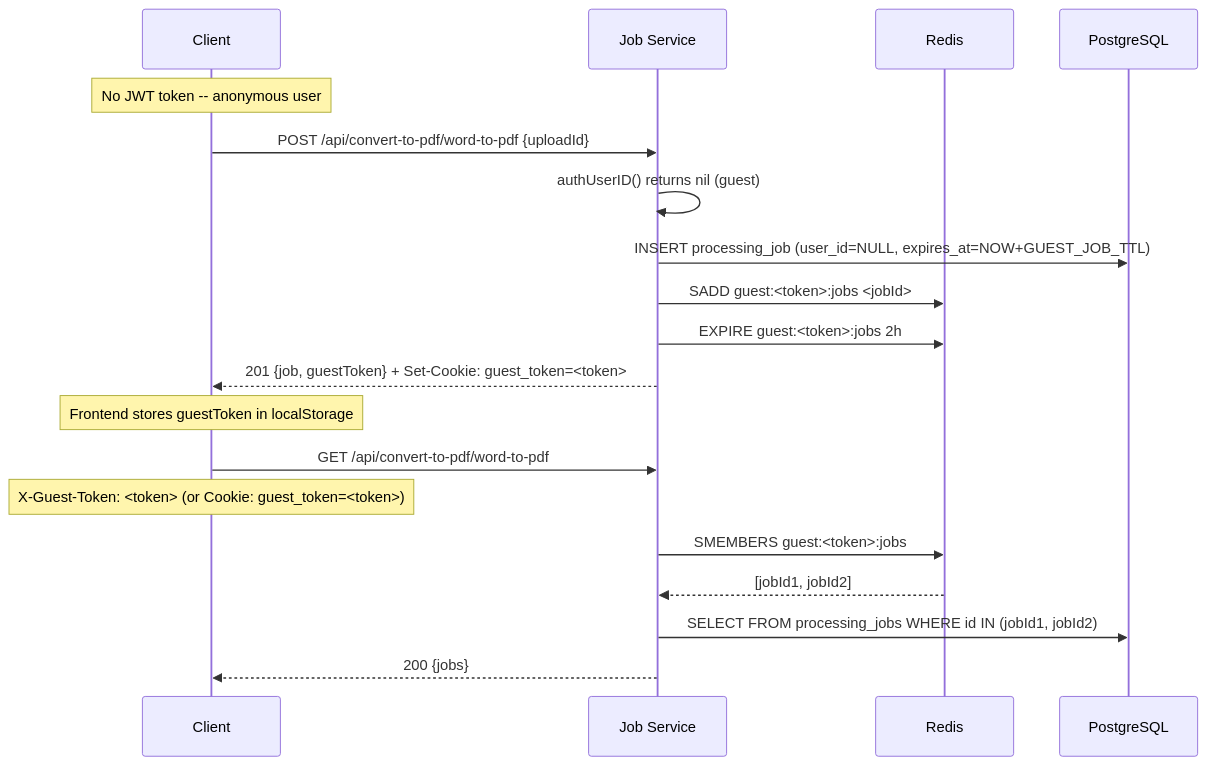
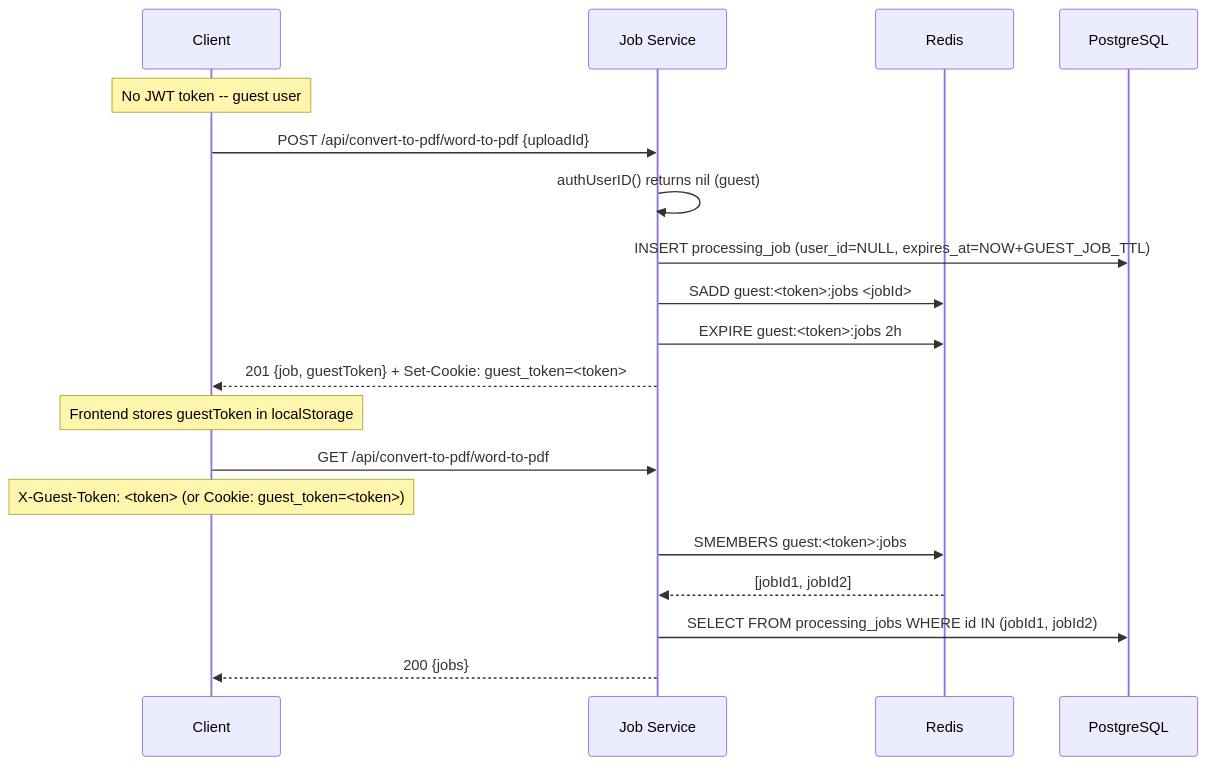
Before and after one commit to Prachidubey2003/fyredocs_backend: the fourth of 4 diagrams in docs/developer/services/job-service.md, drawn with Mermaid. The commit also changed other lines of this file and 18 other files, not shown here.

Commit message:
feat: update subscription plans to replace 'anonymous' with 'guest' and adjust related limits across services

````diff
--- a/docs/developer/services/job-service.md
+++ b/docs/developer/services/job-service.md
@@ -507,24 +507,24 @@
 ```mermaid
 sequenceDiagram
     participant C as Client
     participant JS as Job Service
     participant R as Redis
     participant DB as PostgreSQL
 
-    Note over C: No JWT token -- anonymous user
+    Note over C: No JWT token -- guest user
     C->>JS: POST /api/convert-to-pdf/word-to-pdf {uploadId}
     JS->>JS: authUserID() returns nil (guest)
     JS->>DB: INSERT processing_job (user_id=NULL, expires_at=NOW+GUEST_JOB_TTL)
 
     JS->>R: SADD guest:<token>:jobs <jobId>
     JS->>R: EXPIRE guest:<token>:jobs 2h
     JS-->>C: 201 {job, guestToken} + Set-Cookie: guest_token=<token>
     Note over C: Frontend stores guestToken in localStorage
 
     C->>JS: GET /api/convert-to-pdf/word-to-pdf
     Note over C: X-Guest-Token: <token> (or Cookie: guest_token=<token>)
     JS->>R: SMEMBERS guest:<token>:jobs
     R-->>JS: [jobId1, jobId2]
     JS->>DB: SELECT FROM processing_jobs WHERE id IN (jobId1, jobId2)
     JS-->>C: 200 {jobs}
 ```
````
